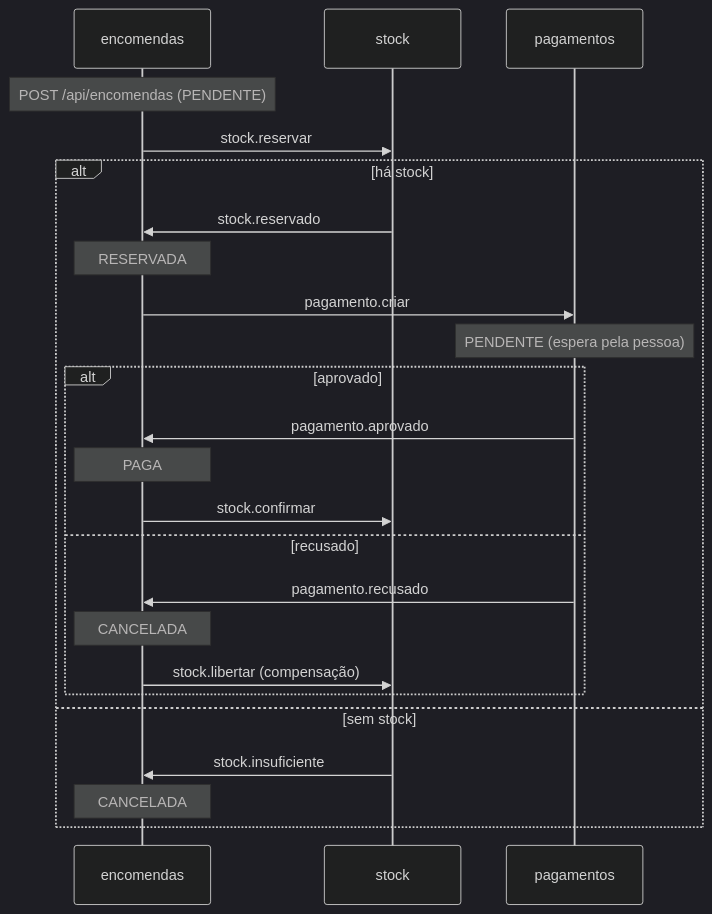
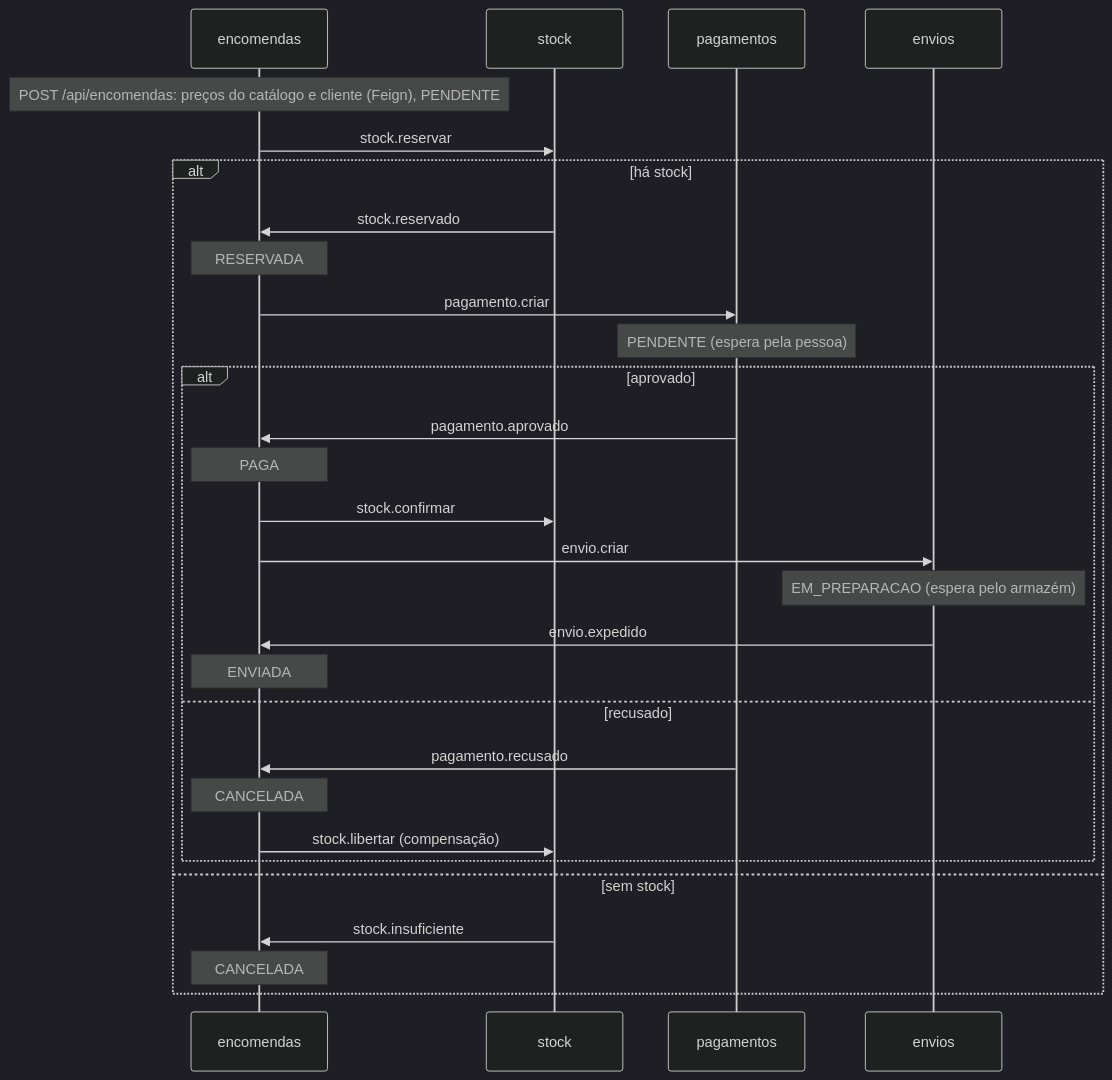
One commit to AvelinoAlmeida/BikeShop changed the second of 2 diagrams in README.md. Above: the diagram before and after it, drawn with Mermaid (dark theme). The commit also changed other lines of this file and 11 other files, not shown here.

````diff
--- a/README.md
+++ b/README.md
@@ -45,26 +60,31 @@
 ```mermaid
 sequenceDiagram
     participant E as encomendas
     participant S as stock
     participant P as pagamentos
-    Note over E: POST /api/encomendas (PENDENTE)
+    participant V as envios
+    Note over E: POST /api/encomendas: preços do catálogo e cliente (Feign), PENDENTE
     E->>S: stock.reservar
     alt há stock
         S->>E: stock.reservado
         Note over E: RESERVADA
         E->>P: pagamento.criar
         Note over P: PENDENTE (espera pela pessoa)
         alt aprovado
             P->>E: pagamento.aprovado
             Note over E: PAGA
             E->>S: stock.confirmar
+            E->>V: envio.criar
+            Note over V: EM_PREPARACAO (espera pelo armazém)
+            V->>E: envio.expedido
+            Note over E: ENVIADA
         else recusado
             P->>E: pagamento.recusado
             Note over E: CANCELADA
             E->>S: stock.libertar (compensação)
         end
     else sem stock
         S->>E: stock.insuficiente
         Note over E: CANCELADA
     end
 ```
````
